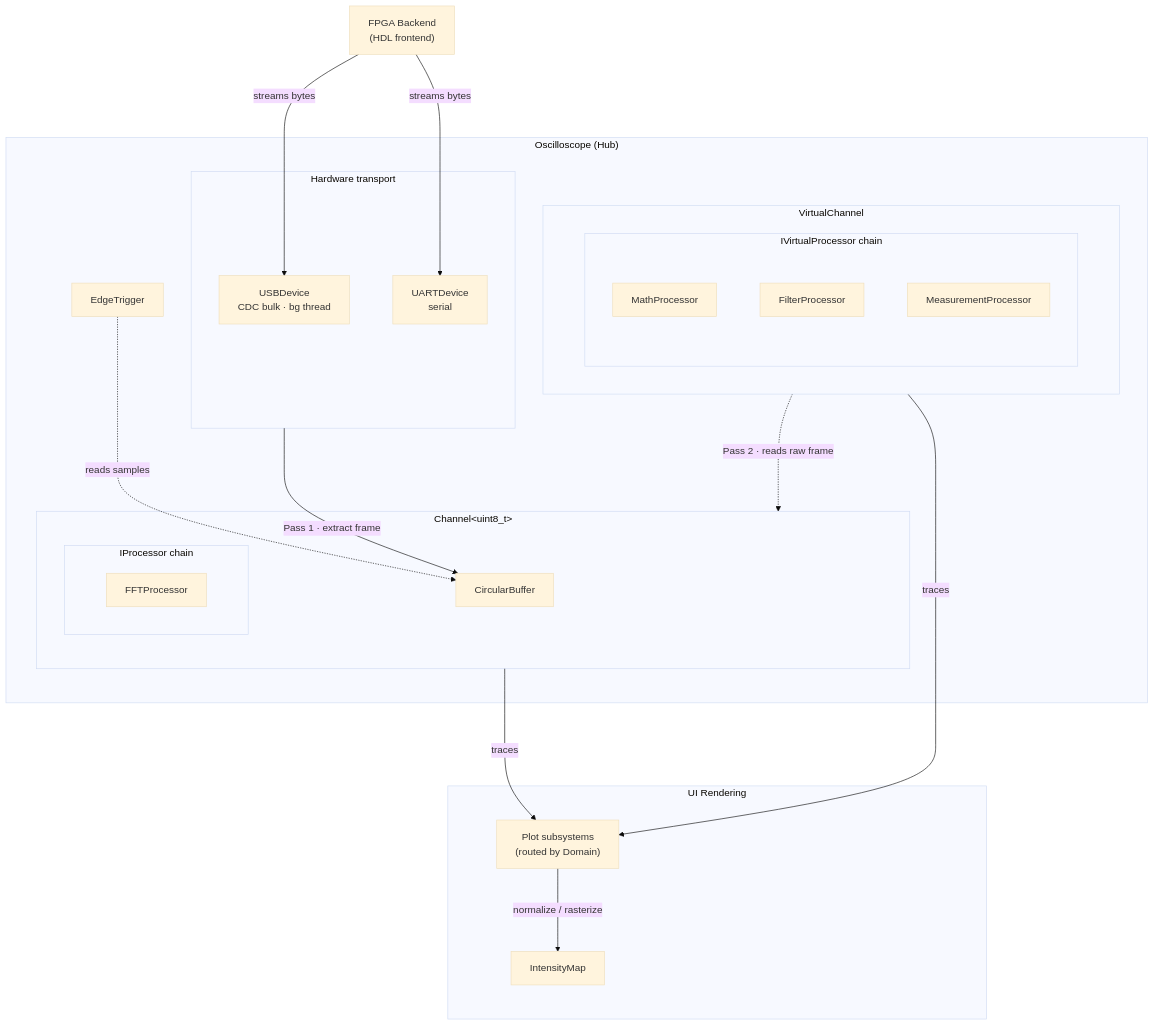
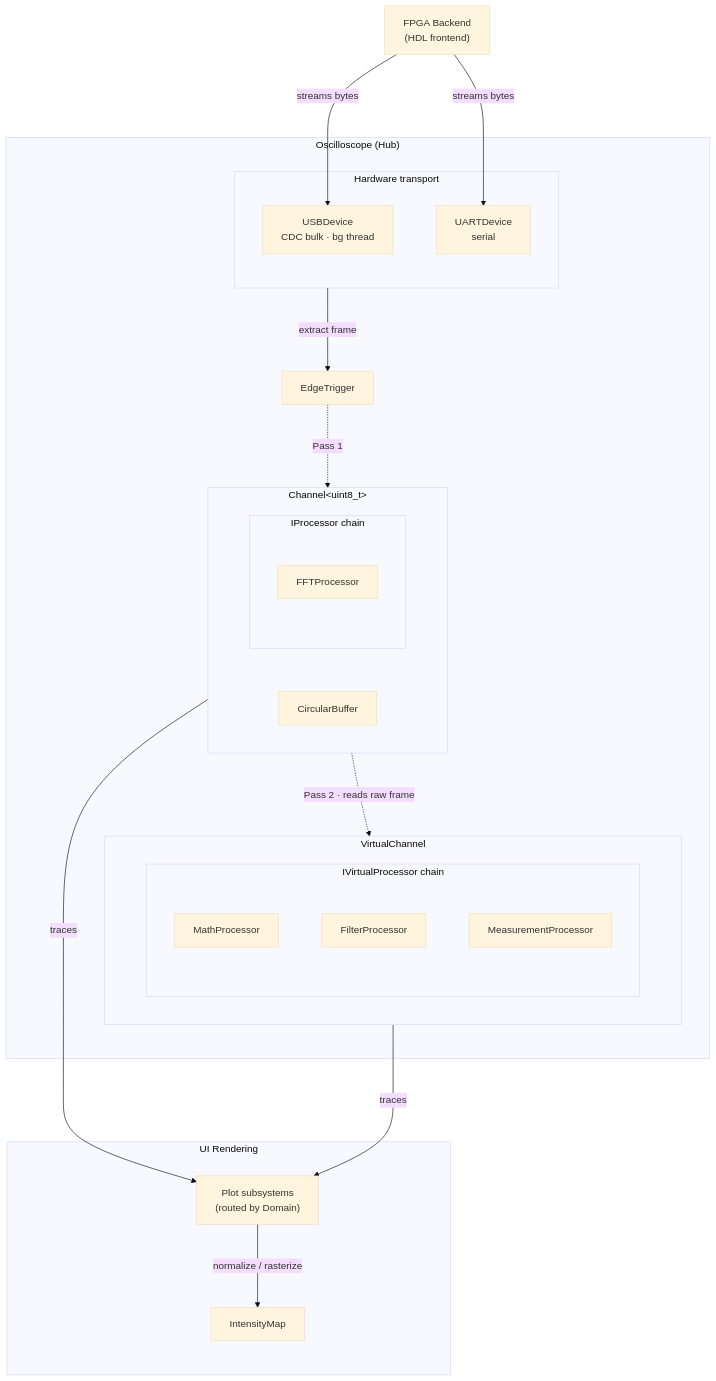
The first of 2 diagrams in docs/ARCHITECTURE.md (wavius/Scoped), drawn with Mermaid (base theme) before and after one commit.

Commit message:
update architecture flowchart

````diff
--- a/docs/ARCHITECTURE.md
+++ b/docs/ARCHITECTURE.md
@@ -10,48 +10,49 @@
 ```mermaid
 flowchart TD
     %%{init: {"flowchart": {"nodeSpacing": 70, "rankSpacing": 110}}}%%
     HW["FPGA Backend<br/>(HDL frontend)"]
 
     subgraph OSC["Oscilloscope (Hub)"]
         subgraph HWIF["Hardware transport"]
             USB["USBDevice<br/>CDC bulk · bg thread"]
             UART["UARTDevice<br/>serial"]
         end
 
         TRG["EdgeTrigger"]
 
         subgraph HC["Channel&lt;uint8_t&gt;"]
             CB["CircularBuffer"]
             subgraph IP["IProcessor chain"]
                 FFT["FFTProcessor"]
             end
         end
 
         subgraph VC["VirtualChannel"]
             subgraph VP["IVirtualProcessor chain"]
                 MATH["MathProcessor"]
                 FILT["FilterProcessor"]
                 MEAS["MeasurementProcessor"]
             end
         end
     end
 
     subgraph REND["UI Rendering"]
         PLT["Plot subsystems<br/>(routed by Domain)"]
         IM["IntensityMap"]
     end
 
     HW -->|"streams bytes"| USB
     HW -->|"streams bytes"| UART
 
-    HWIF -->|"Pass 1 · extract frame"| CB
+    HWIF -->|"extract frame"| TRG
 
-    TRG -. "reads samples" .-> CB
-    VC -. "Pass 2 · reads raw frame" .-> HC
+    TRG -.->|"Pass 1"| HC
+
+    HC -.->|"Pass 2 · reads raw frame"| VC
 
     HC -->|"traces"| PLT
     VC -->|"traces"| PLT
     PLT -->|"normalize / rasterize"| IM
 
     HC ~~~ VC
 ```
````
